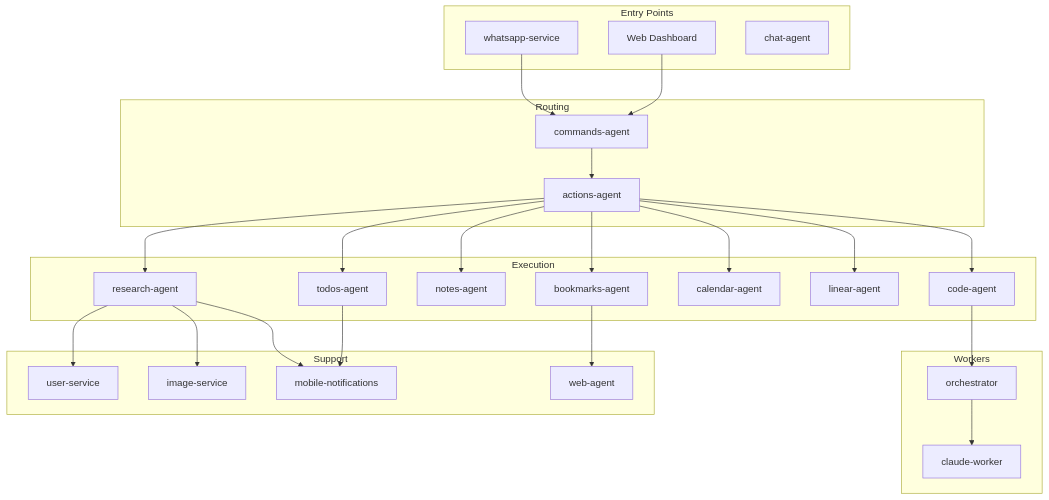
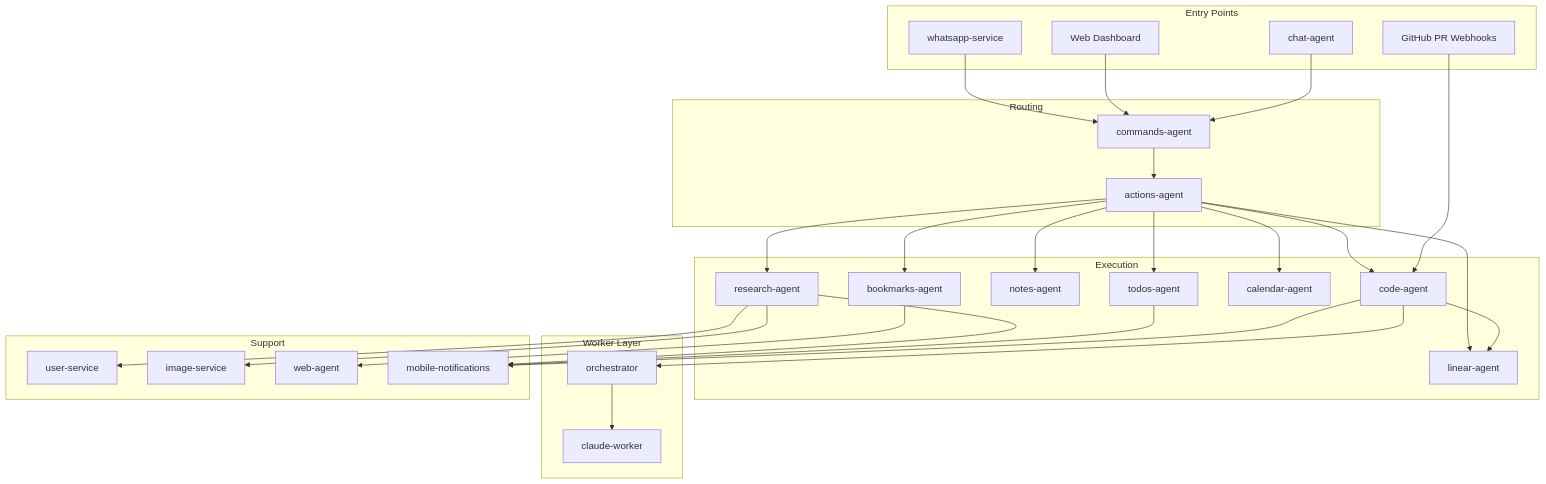
One commit to pbuchman/intexuraos changed the second of 2 diagrams in docs/services/index.md. Above: the diagram before and after it, drawn with Mermaid. The commit also changed other lines of this file and 3 other files, not shown here.

````diff
--- a/docs/services/index.md
+++ b/docs/services/index.md
@@ -314,57 +314,62 @@
 ```mermaid
 graph TD
     subgraph "Entry Points"
         WA[whatsapp-service]
         WEB[Web Dashboard]
         CHAT[chat-agent]
+        GH_PR[GitHub PR Webhooks]
     end
 
     subgraph "Routing"
         CMD[commands-agent]
         ACT[actions-agent]
     end
 
     subgraph "Execution"
         RES[research-agent]
         TODO[todos-agent]
         NOTE[notes-agent]
         BOOK[bookmarks-agent]
         CAL[calendar-agent]
         LIN[linear-agent]
         CODE[code-agent]
     end
 
+    subgraph "Worker Layer"
+        ORCH[orchestrator]
+        CW[claude-worker]
+    end
+
     subgraph "Support"
         USER[user-service]
         IMG[image-service]
         WEB_A[web-agent]
         NOTIF[mobile-notifications]
     end
 
-    subgraph "Workers"
-        ORCH[orchestrator]
-        CW[claude-worker]
-    end
-
     WA --> CMD
     WEB --> CMD
+    CHAT --> CMD
     CMD --> ACT
 
     ACT --> RES
     ACT --> TODO
     ACT --> NOTE
     ACT --> BOOK
     ACT --> CAL
     ACT --> LIN
     ACT --> CODE
 
+    GH_PR --> CODE
     CODE --> ORCH
     ORCH --> CW
+    CODE --> LIN
 
     RES --> USER
     RES --> IMG
     BOOK --> WEB_A
 
     RES --> NOTIF
     TODO --> NOTIF
+    CODE --> NOTIF
 ```
````
